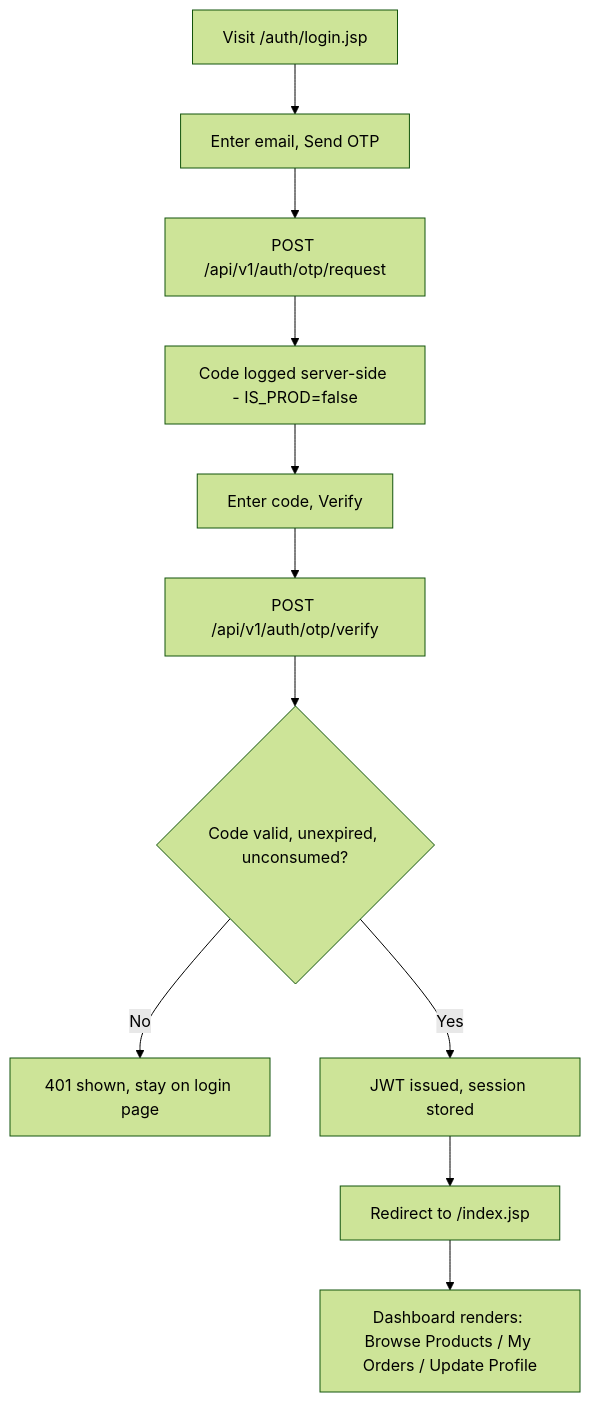
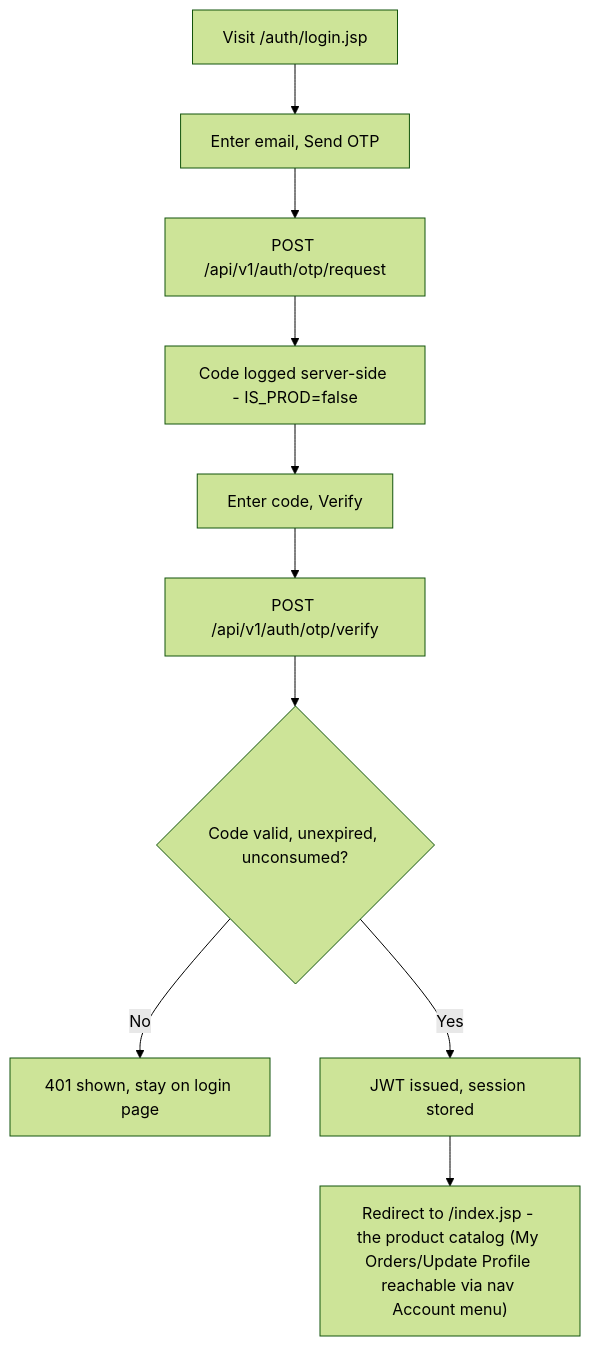
The second of 24 diagrams in .no-build/docs/E2E_FLOWS.md (wishva-kalhara/GlobalTradeLogistics), drawn with Mermaid (forest theme) before and after one commit. The commit also changed other lines of this file and 5 other files, not shown here.

Commit message:
Add End-to-End Flow Diagrams and Test Plan Documentation

````diff
--- a/.no-build/docs/E2E_FLOWS.md
+++ b/.no-build/docs/E2E_FLOWS.md
@@ -29,13 +30,12 @@
 ```mermaid
 flowchart TD
     A[Visit /auth/login.jsp] --> B[Enter email, Send OTP]
     B --> C[POST /api/v1/auth/otp/request]
     C --> D[Code logged server-side - IS_PROD=false]
     D --> E[Enter code, Verify]
     E --> F[POST /api/v1/auth/otp/verify]
     F --> G{Code valid, unexpired, unconsumed?}
     G -- No --> H[401 shown, stay on login page]
     G -- Yes --> I[JWT issued, session stored]
-    I --> J[Redirect to /index.jsp]
-    J --> K[Dashboard renders: Browse Products / My Orders / Update Profile]
+    I --> J["Redirect to /index.jsp - the product catalog (My Orders/Update Profile reachable via nav Account menu)"]
 ```
````
